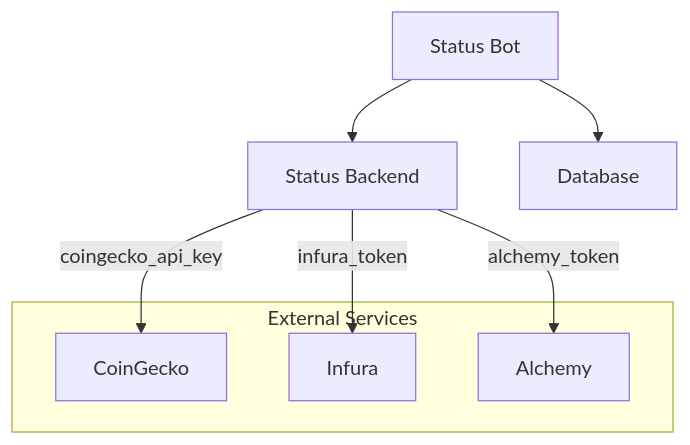
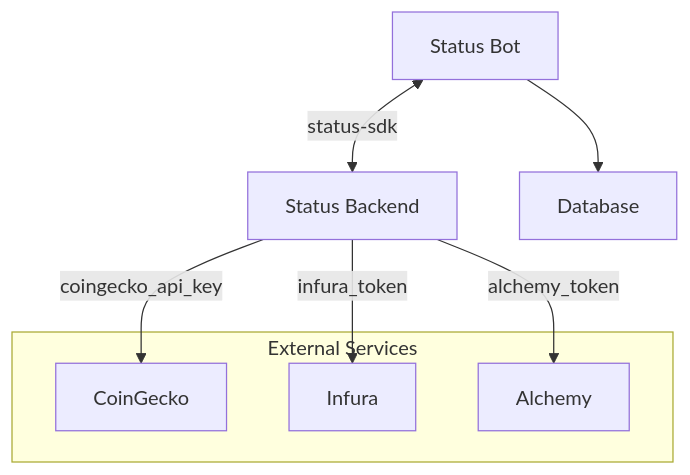
One commit to status-im/status-bot changed the diagram in docs/index.md. Above: the diagram before and after it, drawn with Mermaid. The commit also changed other lines of this file and 4 other files, not shown here.

````diff
--- a/docs/index.md
+++ b/docs/index.md
@@ -7,18 +7,18 @@
 ```mermaid
 graph TB
 
    BACKEND[Status Backend]
    BOT[Status Bot]
    DB[Database]
    subgraph external[External Services]
         COINGECKO[CoinGecko]
         INFURA[Infura]
         ALCHEMY[Alchemy]
     end
 
-   BOT --> BACKEND
+   BOT <--> |status-sdk| BACKEND
    BACKEND --> |coingecko_api_key| COINGECKO
    BACKEND --> |infura_token| INFURA
    BACKEND --> |alchemy_token| ALCHEMY
    BOT --> DB
 ```
````
